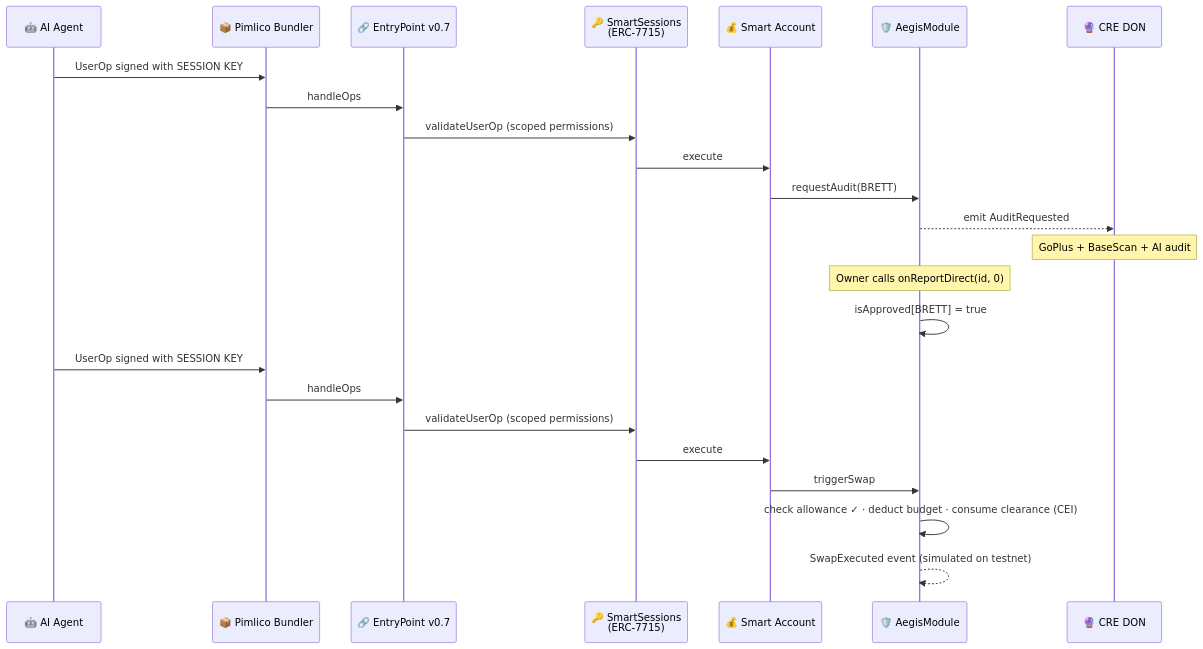
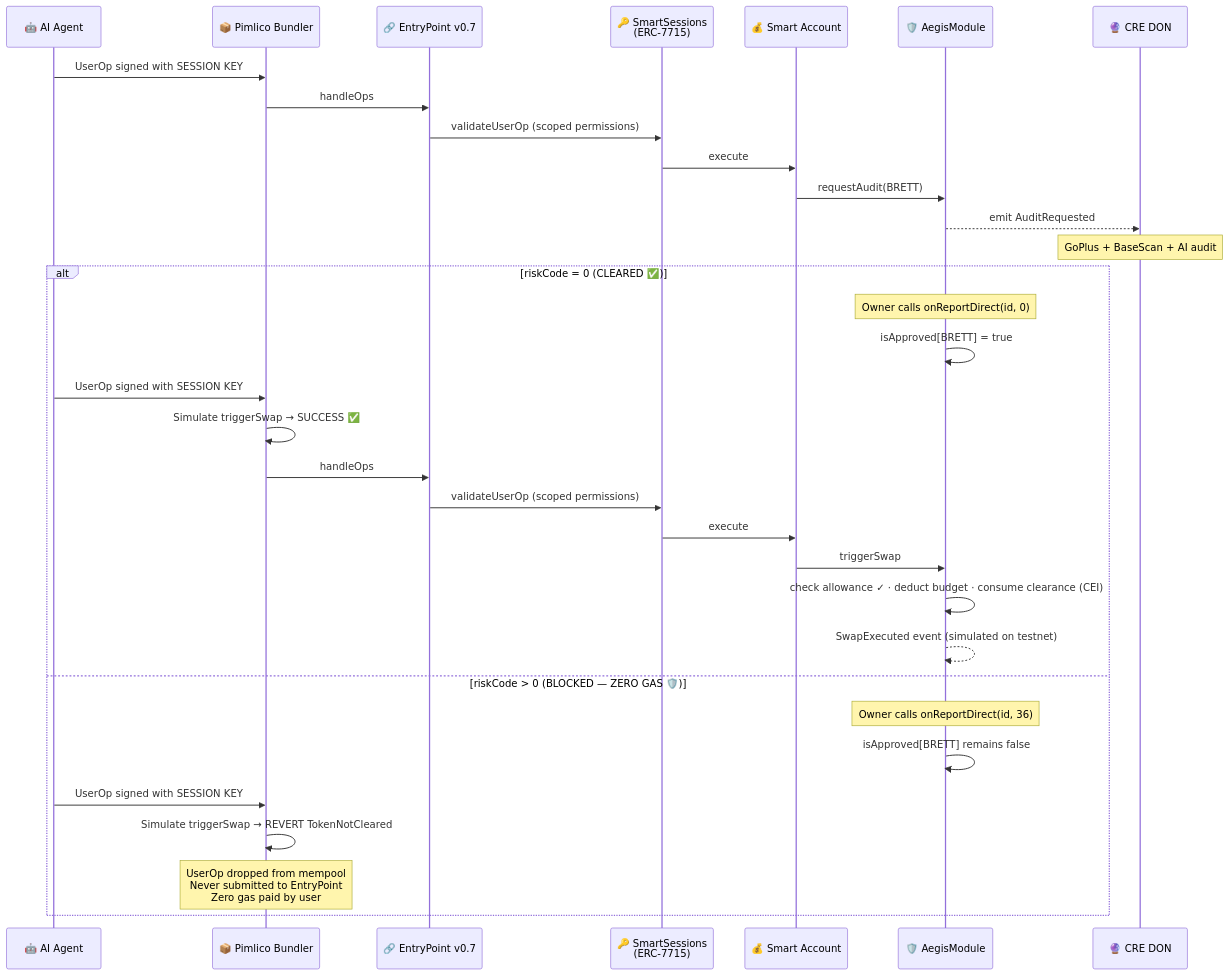
Before and after one commit to vjb/aegis-v4: the fourth of 5 diagrams in docs/ARCHITECTURE.md, drawn with Mermaid. The commit also changed other lines of this file and 3 other files, not shown here.

Commit message:
docs: add zero-gas economic shield to READMEs

````diff
--- a/docs/ARCHITECTURE.md
+++ b/docs/ARCHITECTURE.md
@@ -103,30 +106,40 @@
 ```mermaid
 sequenceDiagram
     participant Bot as 🤖 AI Agent
     participant Bundler as 📦 Pimlico Bundler
     participant EP as 🔗 EntryPoint v0.7
     participant Sessions as 🔑 SmartSessions<br/>(ERC-7715)
     participant Safe as 💰 Smart Account
     participant AM as 🛡️ AegisModule
     participant CRE as 🔮 CRE DON
 
     Bot->>Bundler: UserOp signed with SESSION KEY
     Bundler->>EP: handleOps
     EP->>Sessions: validateUserOp (scoped permissions)
     Sessions->>Safe: execute
     Safe->>AM: requestAudit(BRETT)
     AM-->>CRE: emit AuditRequested
 
     Note over CRE: GoPlus + BaseScan + AI audit
 
-    Note over AM: Owner calls onReportDirect(id, 0)
-    AM->>AM: isApproved[BRETT] = true
+    alt riskCode = 0 (CLEARED ✅)
+        Note over AM: Owner calls onReportDirect(id, 0)
+        AM->>AM: isApproved[BRETT] = true
 
-    Bot->>Bundler: UserOp signed with SESSION KEY
-    Bundler->>EP: handleOps
-    EP->>Sessions: validateUserOp (scoped permissions)
-    Sessions->>Safe: execute
-    Safe->>AM: triggerSwap
-    AM->>AM: check allowance ✓ · deduct budget · consume clearance (CEI)
-    AM-->>AM: SwapExecuted event (simulated on testnet)
+        Bot->>Bundler: UserOp signed with SESSION KEY
+        Bundler->>Bundler: Simulate triggerSwap → SUCCESS ✅
+        Bundler->>EP: handleOps
+        EP->>Sessions: validateUserOp (scoped permissions)
+        Sessions->>Safe: execute
+        Safe->>AM: triggerSwap
+        AM->>AM: check allowance ✓ · deduct budget · consume clearance (CEI)
+        AM-->>AM: SwapExecuted event (simulated on testnet)
+    else riskCode > 0 (BLOCKED — ZERO GAS 🛡️)
+        Note over AM: Owner calls onReportDirect(id, 36)
+        AM->>AM: isApproved[BRETT] remains false
+
+        Bot->>Bundler: UserOp signed with SESSION KEY
+        Bundler->>Bundler: Simulate triggerSwap → REVERT TokenNotCleared
+        Note over Bundler: UserOp dropped from mempool<br/>Never submitted to EntryPoint<br/>Zero gas paid by user
+    end
 ```
````
